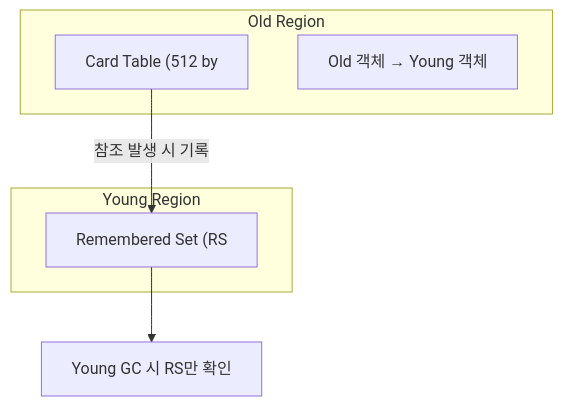
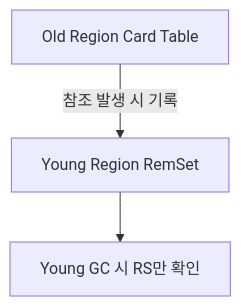
Diagram 16 of 29 in _posts/java/2026-05-01-java-garbage-collector.md (yjkim2015/yjkim2015.github.io), drawn with Mermaid before and after one commit. The commit also changed other lines of this file and 155 other files, not shown here.

First line of the commit message:
Mermaid 전면 수정: subgraph 제거, participant/노드/줄수 축소 (342블록)

````diff
--- a/_posts/java/2026-05-01-java-garbage-collector.md
+++ b/_posts/java/2026-05-01-java-garbage-collector.md
@@ -337,13 +310,6 @@
 ```mermaid
 graph TD
-    subgraph "Old Region"
-        CT["Card Table (512 by"]
-        OLD_OBJ["Old 객체 → Young 객체"]
-    end
-    subgraph "Young Region"
-        RS["Remembered Set (RS"]
-    end
-    CT -->|"참조 발생 시 기록"| RS
+    CT["Old Region Card Table"] -->|"참조 발생 시 기록"| RS["Young Region RemSet"]
     NOTE["Young GC 시 RS만 확인"]
     RS --> NOTE
 ```
````
